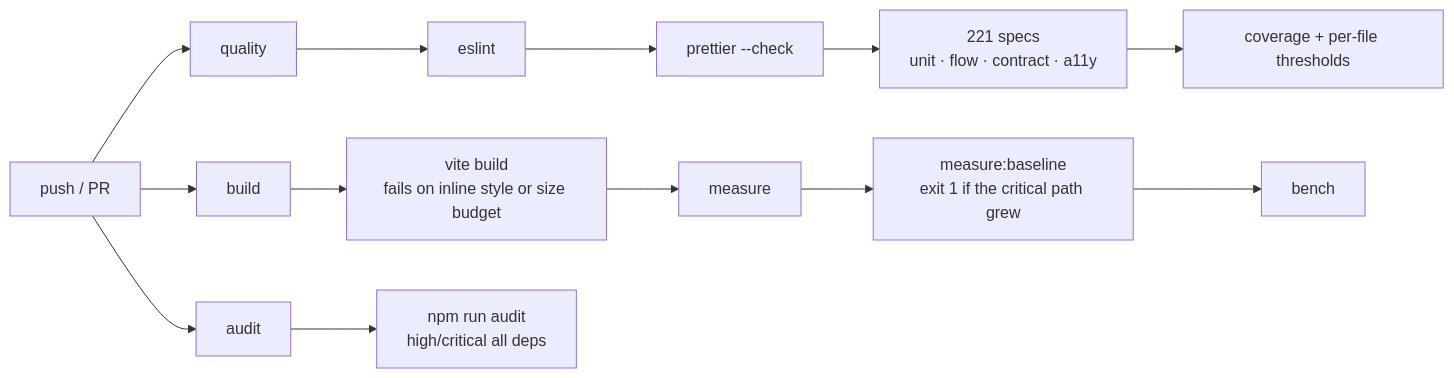
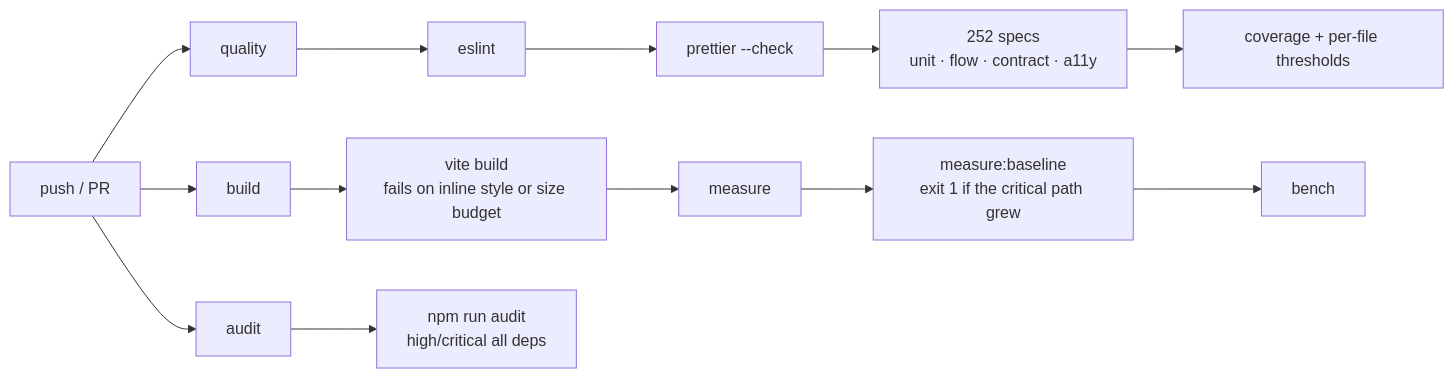
Before and after one commit to YASLOGIST/urlf-up: diagram 11 of 11 in README.md, drawn with Mermaid. The commit also changed other lines of this file and 13 other files, not shown here.

````diff
--- a/README.md
+++ b/README.md
@@ -772,9 +784,9 @@
 ```mermaid
 graph LR
   P["push / PR"] --> Q["quality"]
   P --> B["build"]
   P --> D["audit"]
-  Q --> Q1["eslint"] --> Q2["prettier --check"] --> Q3["221 specs<br/>unit · flow · contract · a11y"] --> Q4["coverage + per-file thresholds"]
+  Q --> Q1["eslint"] --> Q2["prettier --check"] --> Q3["252 specs<br/>unit · flow · contract · a11y"] --> Q4["coverage + per-file thresholds"]
   B --> B1["vite build<br/>fails on inline style or size budget"] --> B2["measure"] --> B3["measure:baseline<br/>exit 1 if the critical path grew"] --> B4["bench"]
   D --> D1["npm run audit<br/>high/critical all deps"]
 ```
````
